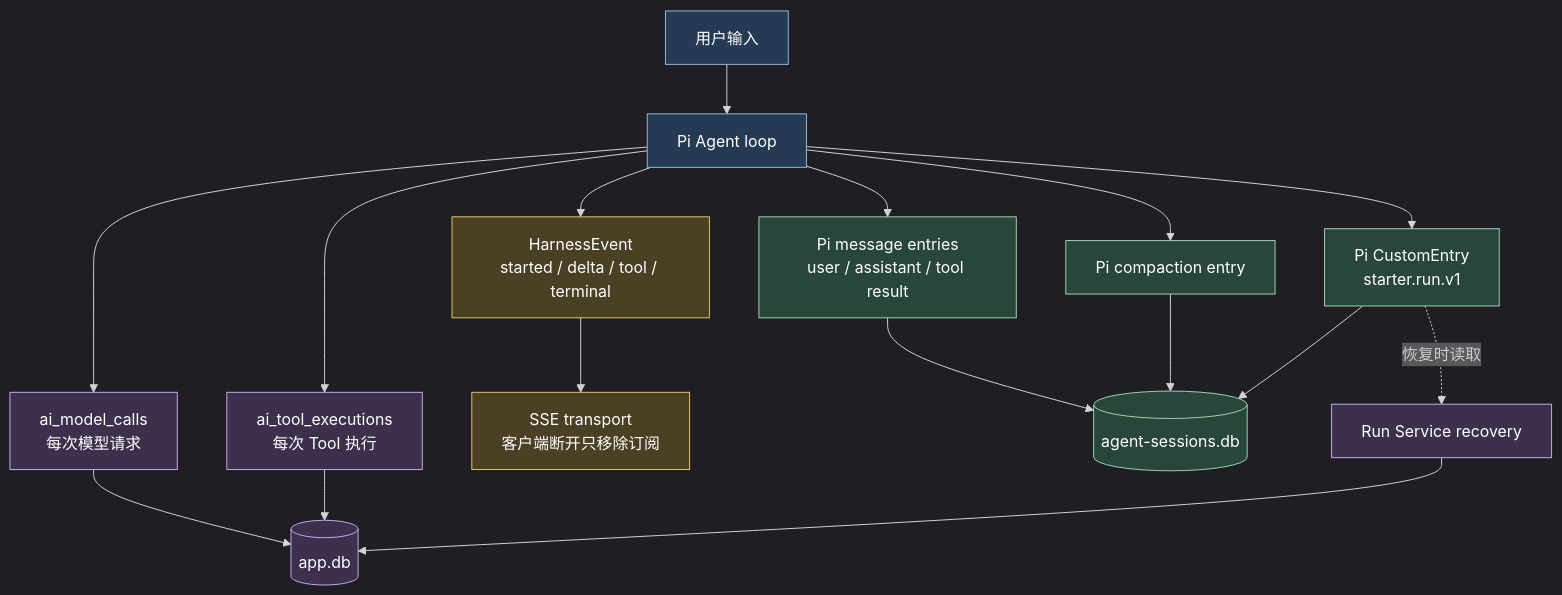
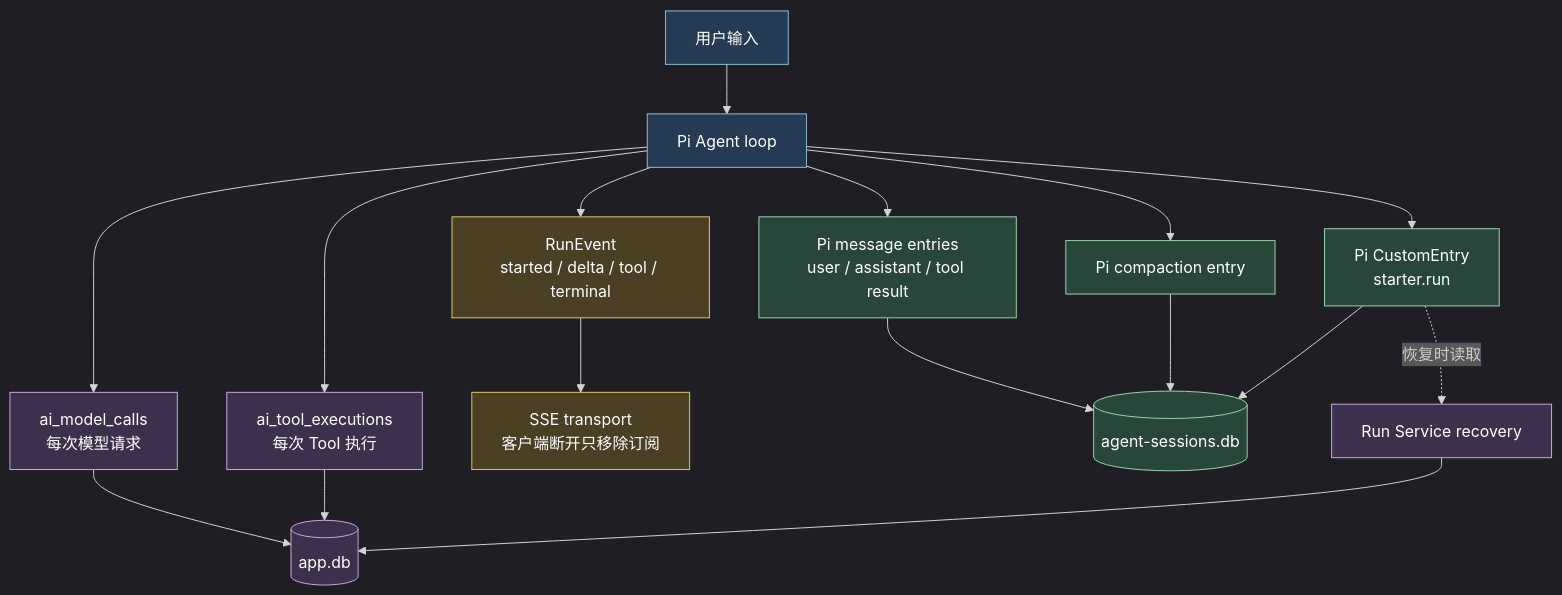
The third of 5 diagrams in .trellis/spec/api/backend/ai-system-design.md (xidongdong-153/starter), drawn with Mermaid before and after one commit. The commit also changed other lines of this file and 102 other files, not shown here.

First line of the commit message:
feat(api)!: rebuild ai run event protocol

````diff
--- a/.trellis/spec/api/backend/ai-system-design.md
+++ b/.trellis/spec/api/backend/ai-system-design.md
@@ -243,29 +243,29 @@
 ```mermaid
 %%{init: {"theme": "dark"}}%%
 flowchart TD
   Input["用户输入"] --> AgentLoop["Pi Agent loop"]
-  AgentLoop --> Events["HarnessEvent<br/>started / delta / tool / terminal"]
+  AgentLoop --> Events["RunEvent<br/>started / delta / tool / terminal"]
   AgentLoop --> Messages["Pi message entries<br/>user / assistant / tool result"]
   AgentLoop --> Compaction["Pi compaction entry"]
-  AgentLoop --> Terminal["Pi CustomEntry<br/>starter.run.v1"]
+  AgentLoop --> Terminal["Pi CustomEntry<br/>starter.run"]
   AgentLoop --> ModelAudit["ai_model_calls<br/>每次模型请求"]
   AgentLoop --> ToolAudit["ai_tool_executions<br/>每次 Tool 执行"]
 
   Events --> SSE["SSE transport<br/>客户端断开只移除订阅"]
   Messages --> PiDB[("agent-sessions.db")]
   Compaction --> PiDB
   Terminal --> PiDB
   ModelAudit --> MainDB[("app.db")]
   ToolAudit --> MainDB
   Terminal -."恢复时读取".-> Recovery["Run Service recovery"]
   Recovery --> MainDB
 
   classDef input fill:#253b53,stroke:#8fb8d8,color:#fff
   classDef event fill:#4b3f24,stroke:#e1c46a,color:#fff
   classDef pi fill:#29463b,stroke:#9bd3ad,color:#fff
   classDef main fill:#3d304d,stroke:#c7a8e8,color:#fff
   class Input,AgentLoop input
   class Events,SSE event
   class Messages,Compaction,Terminal,PiDB pi
   class ModelAudit,ToolAudit,MainDB,Recovery main
 ```
````
